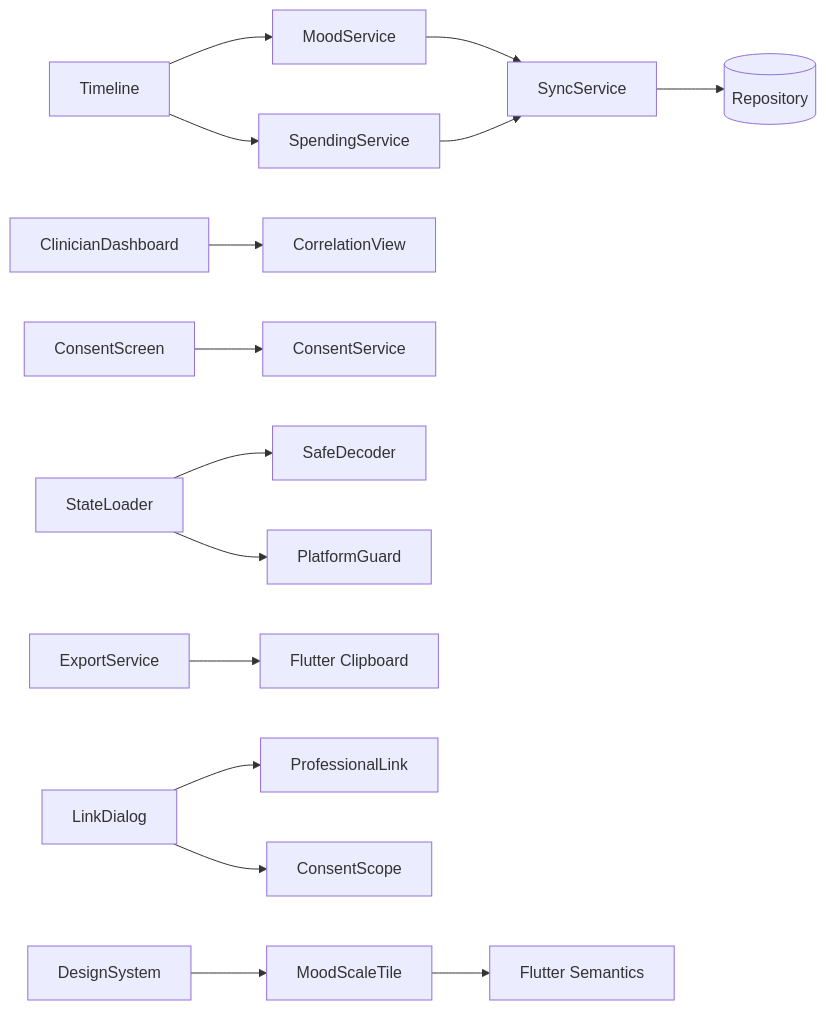
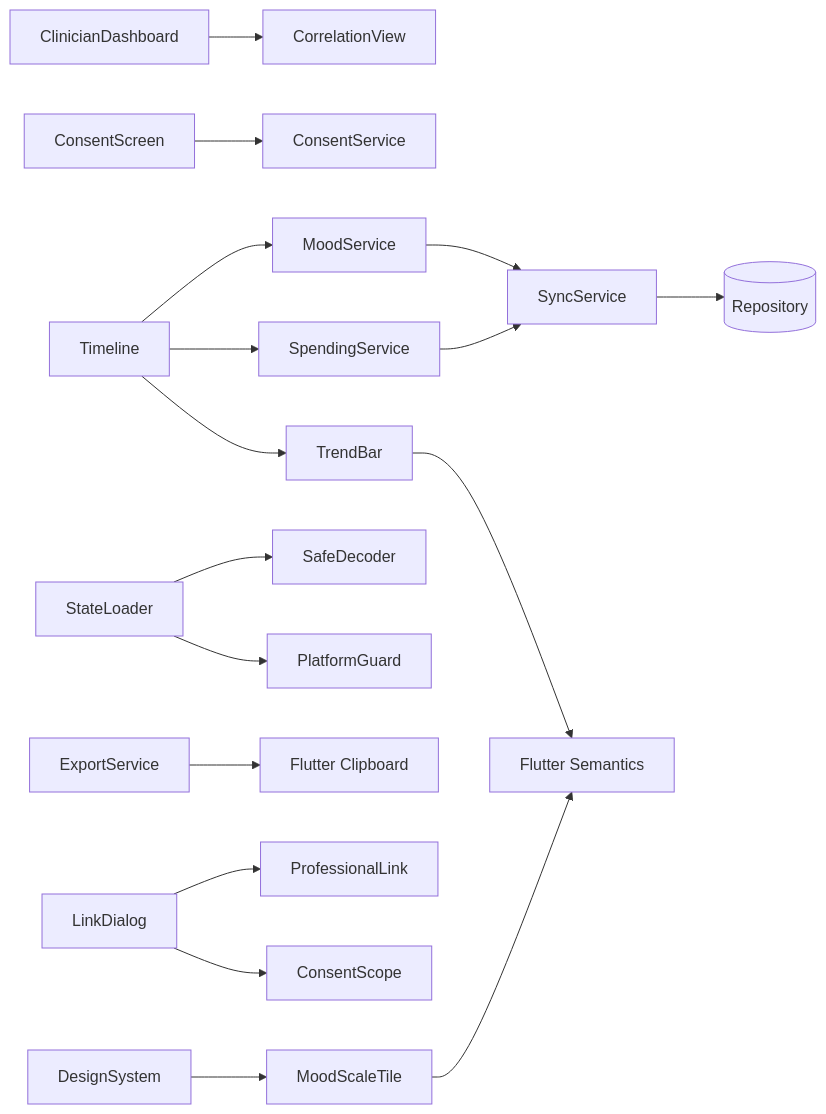
The diagram in docs/diagrams/c4/component.md (AloisioMagalhaes/bipolar-mood-spending-tracker), drawn with Mermaid before and after one commit. The commit also changed 4 other files, not shown here.

````diff
--- a/docs/diagrams/c4/component.md
+++ b/docs/diagrams/c4/component.md
@@ -3,17 +3,19 @@
 ```mermaid
 flowchart LR
   Timeline --> MoodService
   Timeline --> SpendingService
   ClinicianDashboard --> CorrelationView
   ConsentScreen --> ConsentService
   MoodService --> SyncService
   SpendingService --> SyncService
   SyncService --> Repository[(Repository)]
   StateLoader --> SafeDecoder
   StateLoader --> PlatformGuard
   ExportService --> Clipboard[Flutter Clipboard]
   LinkDialog --> ProfessionalLink
   LinkDialog --> ConsentScope
+  Timeline --> TrendBar
+  TrendBar --> Semantics[Flutter Semantics]
   DesignSystem --> MoodScaleTile
   MoodScaleTile --> Semantics[Flutter Semantics]
 ```
````
